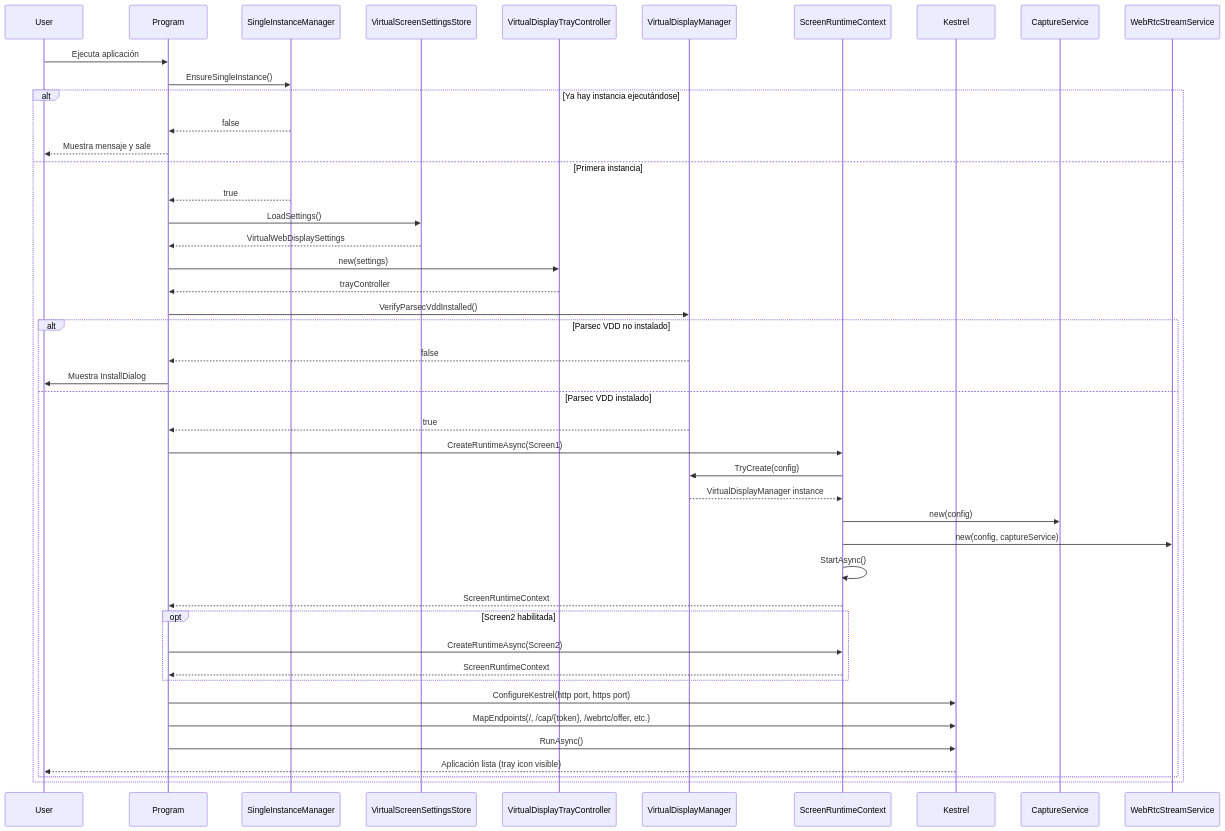
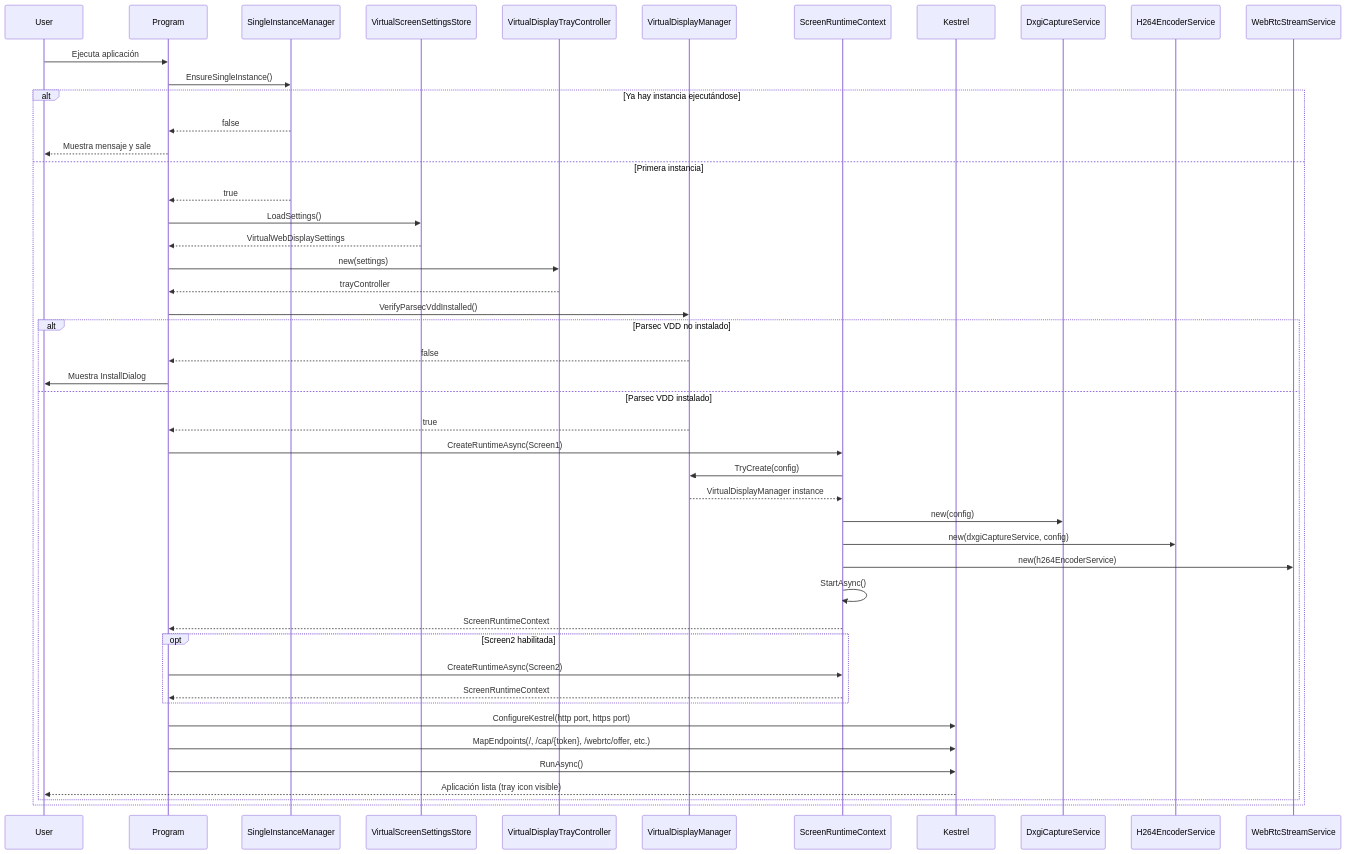
Before and after one commit to quiro90/VirtualWebDisplay: the second of 5 diagrams in docs/ARCHITECTURE.md, drawn with Mermaid. The commit also changed other lines of this file and 8 other files, not shown here.

````diff
--- a/docs/ARCHITECTURE.md
+++ b/docs/ARCHITECTURE.md
@@ -237,51 +239,52 @@
 ```mermaid
 sequenceDiagram
     participant User
     participant Program
     participant SingleInstanceManager
     participant VirtualScreenSettingsStore
     participant VirtualDisplayTrayController
     participant VirtualDisplayManager
     participant ScreenRuntimeContext
     participant Kestrel
 
     User->>Program: Ejecuta aplicación
     Program->>SingleInstanceManager: EnsureSingleInstance()
     alt Ya hay instancia ejecutándose
         SingleInstanceManager-->>Program: false
         Program-->>User: Muestra mensaje y sale
     else Primera instancia
         SingleInstanceManager-->>Program: true
         Program->>VirtualScreenSettingsStore: LoadSettings()
         VirtualScreenSettingsStore-->>Program: VirtualWebDisplaySettings
 
         Program->>VirtualDisplayTrayController: new(settings)
         VirtualDisplayTrayController-->>Program: trayController
 
         Program->>VirtualDisplayManager: VerifyParsecVddInstalled()
         alt Parsec VDD no instalado
             VirtualDisplayManager-->>Program: false
             Program->>User: Muestra InstallDialog
         else Parsec VDD instalado
             VirtualDisplayManager-->>Program: true
 
             Program->>ScreenRuntimeContext: CreateRuntimeAsync(Screen1)
             ScreenRuntimeContext->>VirtualDisplayManager: TryCreate(config)
             VirtualDisplayManager-->>ScreenRuntimeContext: VirtualDisplayManager instance
-            ScreenRuntimeContext->>CaptureService: new(config)
-            ScreenRuntimeContext->>WebRtcStreamService: new(config, captureService)
+            ScreenRuntimeContext->>DxgiCaptureService: new(config)
+            ScreenRuntimeContext->>H264EncoderService: new(dxgiCaptureService, config)
+            ScreenRuntimeContext->>WebRtcStreamService: new(h264EncoderService)
             ScreenRuntimeContext->>ScreenRuntimeContext: StartAsync()
             ScreenRuntimeContext-->>Program: ScreenRuntimeContext
 
             opt Screen2 habilitada
                 Program->>ScreenRuntimeContext: CreateRuntimeAsync(Screen2)
                 ScreenRuntimeContext-->>Program: ScreenRuntimeContext
             end
 
             Program->>Kestrel: ConfigureKestrel(http port, https port)
             Program->>Kestrel: MapEndpoints(/, /cap/{token}, /webrtc/offer, etc.)
             Program->>Kestrel: RunAsync()
             Kestrel-->>User: Aplicación lista (tray icon visible)
         end
     end
 ```
````
